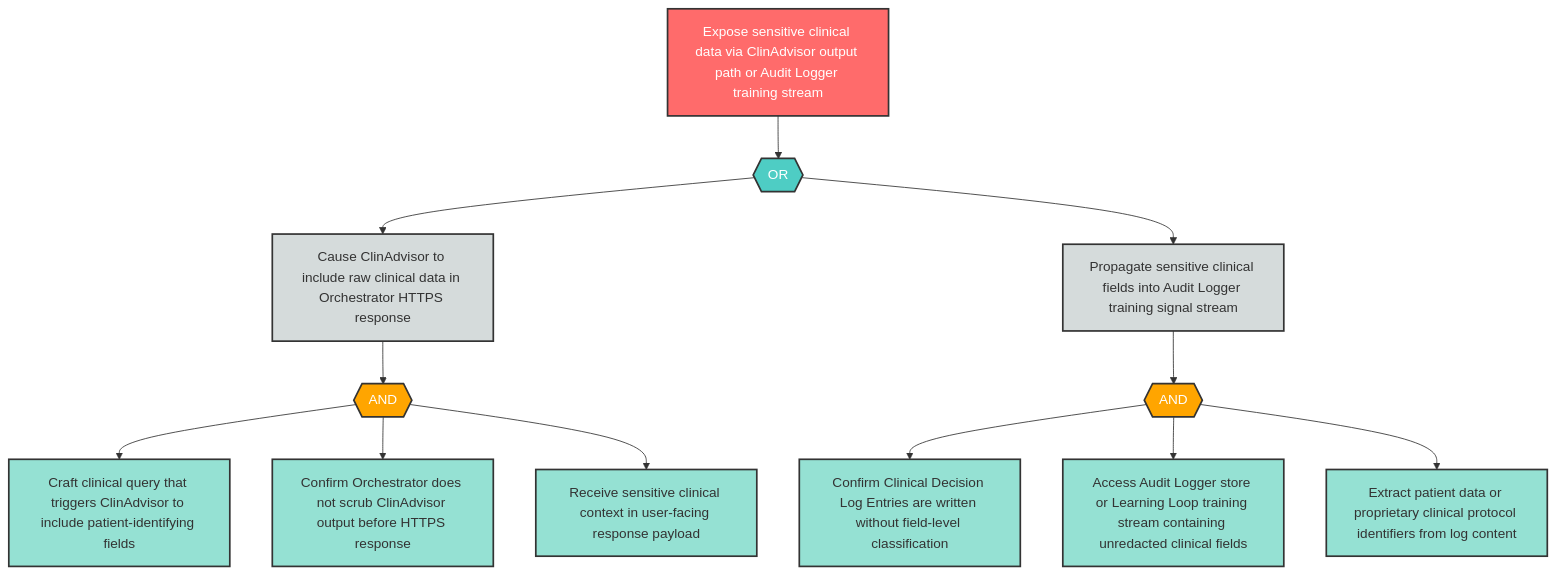
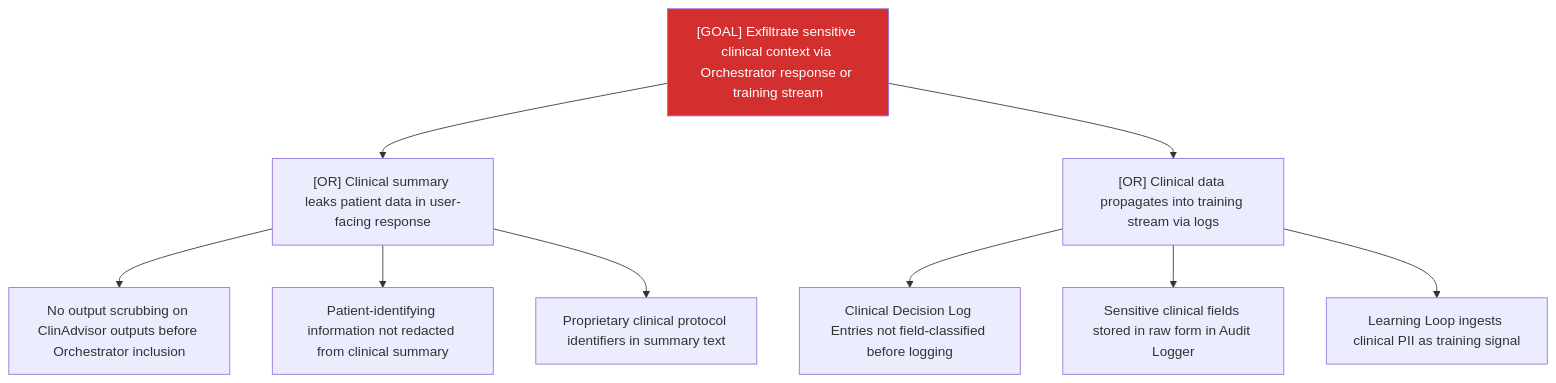
One commit to q-qp-p/davidmatousek-tachi changed the diagram in examples/agentic-app/sample-report/attack-trees/i-9-attack-tree.md. Above: the diagram before and after it, drawn with Mermaid. The commit also changed other lines of this file and 132 other files, not shown here.

````diff
--- a/examples/agentic-app/sample-report/attack-trees/i-9-attack-tree.md
+++ b/examples/agentic-app/sample-report/attack-trees/i-9-attack-tree.md
@@ -8,39 +7,14 @@
 ```mermaid
-flowchart TD
-    I9_root["Expose sensitive clinical data via ClinAdvisor output path or Audit Logger training stream"]
-    I9_or1{{"OR"}}
-    I9_sub1["Cause ClinAdvisor to include raw clinical data in Orchestrator HTTPS response"]
-    I9_sub2["Propagate sensitive clinical fields into Audit Logger training signal stream"]
-    I9_and1{{"AND"}}
-    I9_leaf1["Craft clinical query that triggers ClinAdvisor to include patient-identifying fields"]
-    I9_leaf2["Confirm Orchestrator does not scrub ClinAdvisor output before HTTPS response"]
-    I9_leaf3["Receive sensitive clinical context in user-facing response payload"]
-    I9_and2{{"AND"}}
-    I9_leaf4["Confirm Clinical Decision Log Entries are written without field-level classification"]
-    I9_leaf5["Access Audit Logger store or Learning Loop training stream containing unredacted clinical fields"]
-    I9_leaf6["Extract patient data or proprietary clinical protocol identifiers from log content"]
-
-    I9_root --> I9_or1
-    I9_or1 --> I9_sub1
-    I9_or1 --> I9_sub2
-    I9_sub1 --> I9_and1
-    I9_and1 --> I9_leaf1
-    I9_and1 --> I9_leaf2
-    I9_and1 --> I9_leaf3
-    I9_sub2 --> I9_and2
-    I9_and2 --> I9_leaf4
-    I9_and2 --> I9_leaf5
-    I9_and2 --> I9_leaf6
-
-    classDef goal fill:#ff6b6b,stroke:#333,stroke-width:2px,color:#fff
-    classDef andGate fill:#ffa500,stroke:#333,stroke-width:2px,color:#fff
-    classDef orGate fill:#4ecdc4,stroke:#333,stroke-width:2px,color:#fff
-    classDef subGoal fill:#d5dbdb,stroke:#333,stroke-width:2px,color:#333
-    classDef leaf fill:#95e1d3,stroke:#333,stroke-width:2px,color:#333
-
-    class I9_root goal
-    class I9_or1 orGate
-    class I9_and1,I9_and2 andGate
-    class I9_sub1,I9_sub2 subGoal
-    class I9_leaf1,I9_leaf2,I9_leaf3,I9_leaf4,I9_leaf5,I9_leaf6 leaf
+graph TD
+    Goal["[GOAL] Exfiltrate sensitive clinical context via Orchestrator response or training stream"]
+    Goal --> A["[OR] Clinical summary leaks patient data in user-facing response"]
+    A --> A1["No output scrubbing on ClinAdvisor outputs before Orchestrator inclusion"]
+    A --> A2["Patient-identifying information not redacted from clinical summary"]
+    A --> A3["Proprietary clinical protocol identifiers in summary text"]
+    Goal --> B["[OR] Clinical data propagates into training stream via logs"]
+    B --> B1["Clinical Decision Log Entries not field-classified before logging"]
+    B --> B2["Sensitive clinical fields stored in raw form in Audit Logger"]
+    B --> B3["Learning Loop ingests clinical PII as training signal"]
+    classDef critical fill:#d32f2f,color:#fff
+    class Goal critical
 ```
````
